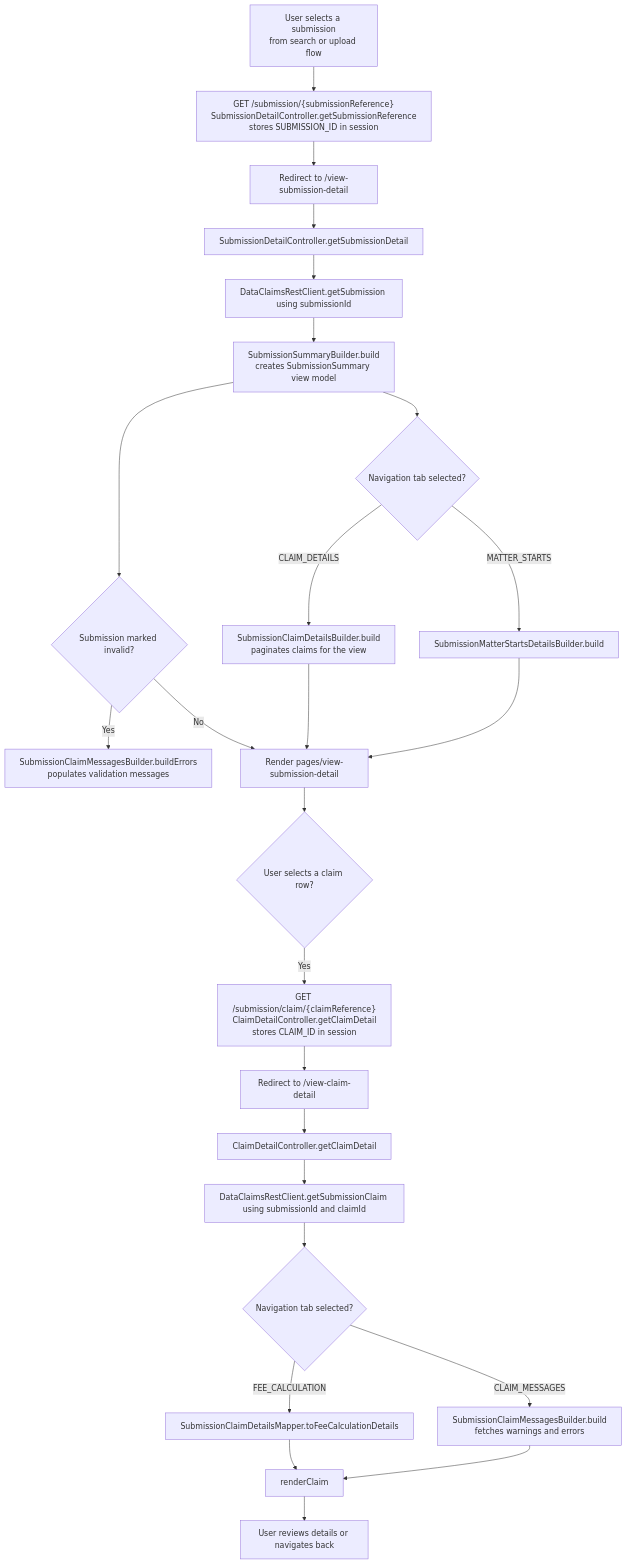
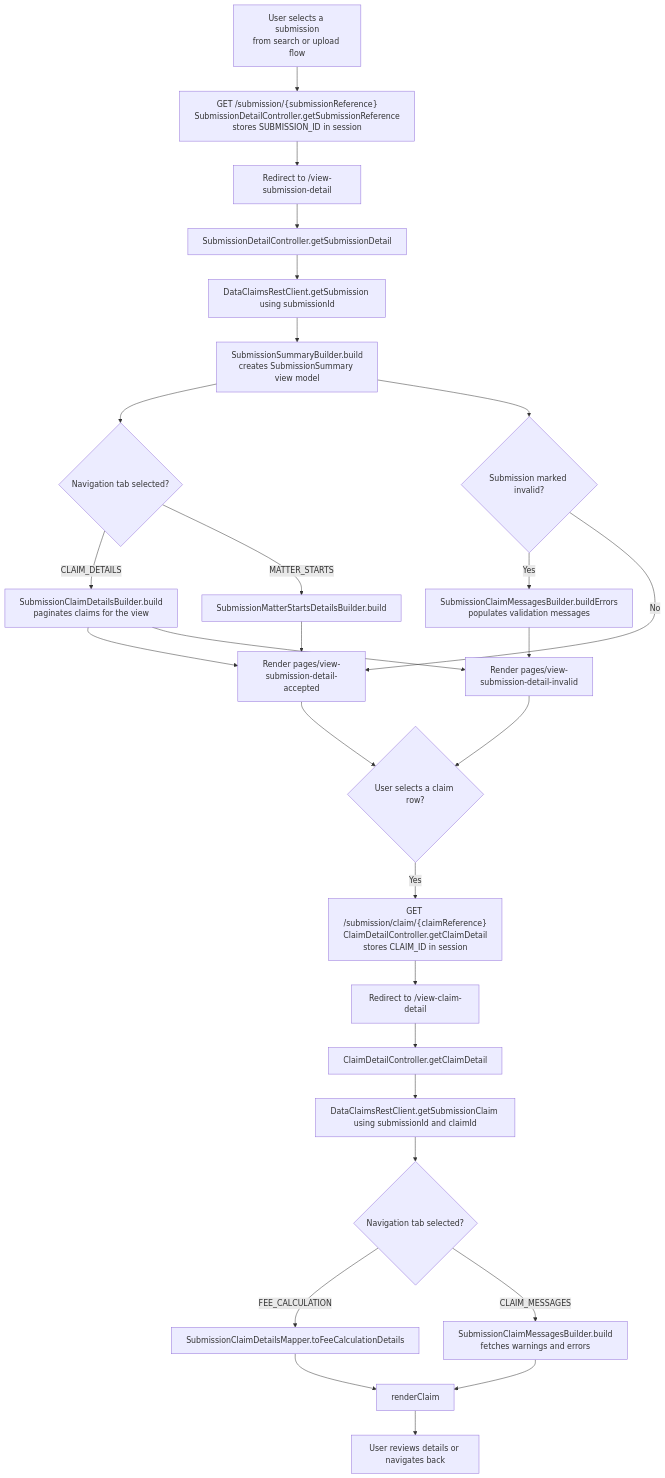
The diagram in docs/flows/submission-detail-flow.md (ministryofjustice/laa-submit-a-bulk-claim), drawn with Mermaid before and after one commit. The commit also changed 25 other files, not shown here.

````diff
--- a/docs/flows/submission-detail-flow.md
+++ b/docs/flows/submission-detail-flow.md
@@ -7,27 +7,30 @@
 ```mermaid
 flowchart TD
     start["User selects a submission\nfrom search or upload flow"] --> captureId["GET /submission/{submissionReference}\nSubmissionDetailController.getSubmissionReference\nstores SUBMISSION_ID in session"]
     captureId --> redirectDetail["Redirect to /view-submission-detail"]
     redirectDetail --> loadDetail["SubmissionDetailController.getSubmissionDetail"]
     loadDetail --> fetchSubmission["DataClaimsRestClient.getSubmission using submissionId"]
     fetchSubmission --> buildSummary["SubmissionSummaryBuilder.build\ncreates SubmissionSummary view model"]
     buildSummary --> decision{"Navigation tab selected?"}
     decision -->|CLAIM_DETAILS| buildClaimOverview["SubmissionClaimDetailsBuilder.build\npaginates claims for the view"]
     decision -->|MATTER_STARTS| buildMatterStarts["SubmissionMatterStartsDetailsBuilder.build"]
     buildSummary --> invalidCheck{"Submission marked invalid?"}
     invalidCheck -->|Yes| buildMessages["SubmissionClaimMessagesBuilder.buildErrors\npopulates validation messages"]
-    invalidCheck -->|No| renderDetail
-    buildClaimOverview --> renderDetail["Render pages/view-submission-detail"]
-    buildMatterStarts --> renderDetail
-    renderDetail --> selectClaim{"User selects a claim row?"}
+    invalidCheck -->|No| renderAccepted["Render pages/view-submission-detail-accepted"]
+    buildMessages --> renderInvalid["Render pages/view-submission-detail-invalid"]
+    buildClaimOverview --> renderAccepted
+    buildClaimOverview --> renderInvalid
+    buildMatterStarts --> renderAccepted
+    renderAccepted --> selectClaim{"User selects a claim row?"}
+    renderInvalid --> selectClaim
     selectClaim -->|Yes| cacheClaim["GET /submission/claim/{claimReference}\nClaimDetailController.getClaimDetail\nstores CLAIM_ID in session"]
     cacheClaim --> redirectClaim["Redirect to /view-claim-detail"]
     redirectClaim --> loadClaim["ClaimDetailController.getClaimDetail"]
     loadClaim --> fetchClaim["DataClaimsRestClient.getSubmissionClaim using submissionId and claimId"]
     fetchClaim --> navTab{"Navigation tab selected?"}
     navTab -->|FEE_CALCULATION| feeMapper["SubmissionClaimDetailsMapper.toFeeCalculationDetails"]
     navTab -->|CLAIM_MESSAGES| buildClaimMessages["SubmissionClaimMessagesBuilder.build\nfetches warnings and errors"]
     feeMapper --> renderClaim
     buildClaimMessages --> renderClaim
     renderClaim --> endFlow["User reviews details or navigates back"]
 ```
````
